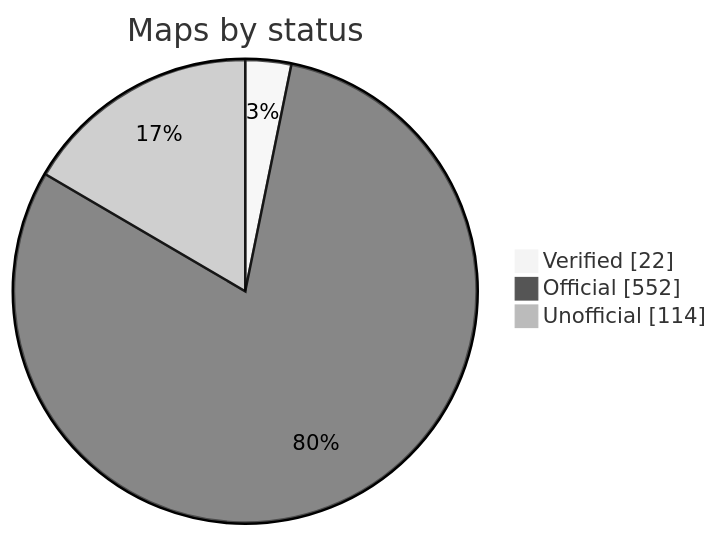
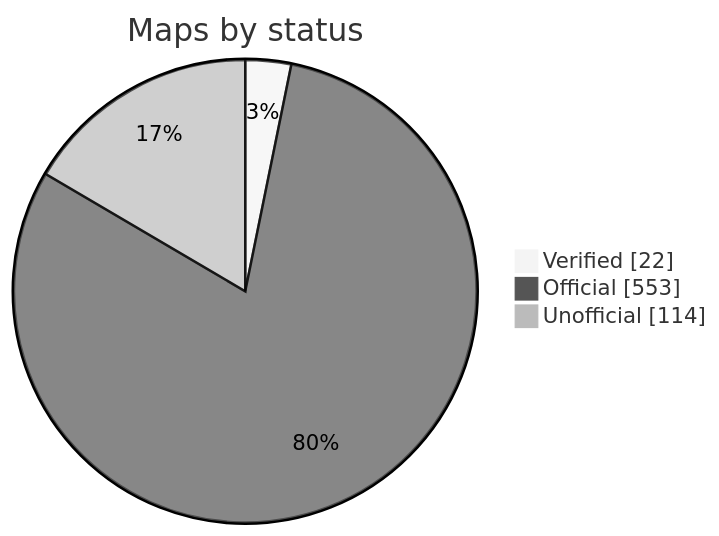
The diagram in README.md (nobrega8/mbmap-library), drawn with Mermaid (neutral theme) before and after one commit. The commit also changed 6 other files, not shown here.

````diff
--- a/README.md
+++ b/README.md
@@ -52,7 +52,7 @@
 ```mermaid
 pie showData
     title Maps by status
     "Verified" : 22
-    "Official" : 552
+    "Official" : 553
     "Unofficial" : 114
 ```
````
